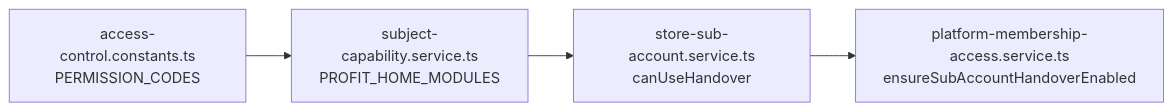
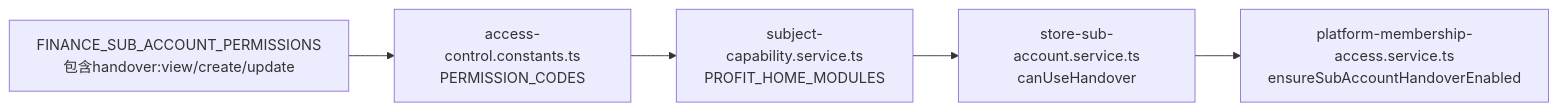
One commit to rc558620/purelyprofit-server changed the ninth of 12 diagrams in .qoder/repowiki/zh/content/业务模块/运营管理模块/交接班管理.md. Above: the diagram before and after it, drawn with Mermaid. The commit also changed other lines of this file and 76 other files, not shown here.

````diff
--- a/.qoder/repowiki/zh/content/业务模块/运营管理模块/交接班管理.md
+++ b/.qoder/repowiki/zh/content/业务模块/运营管理模块/交接班管理.md
@@ -408,6 +410,7 @@
 ```mermaid
 graph LR
 AC["access-control.constants.ts<br/>PERMISSION_CODES"] --> SC["subject-capability.service.ts<br/>PROFIT_HOME_MODULES"]
 SC --> SSA["store-sub-account.service.ts<br/>canUseHandover"]
 SSA --> PMS["platform-membership-access.service.ts<br/>ensureSubAccountHandoverEnabled"]
+FS["FINANCE_SUB_ACCOUNT_PERMISSIONS<br/>包含handover:view/create/update"] --> AC
 ```
````
